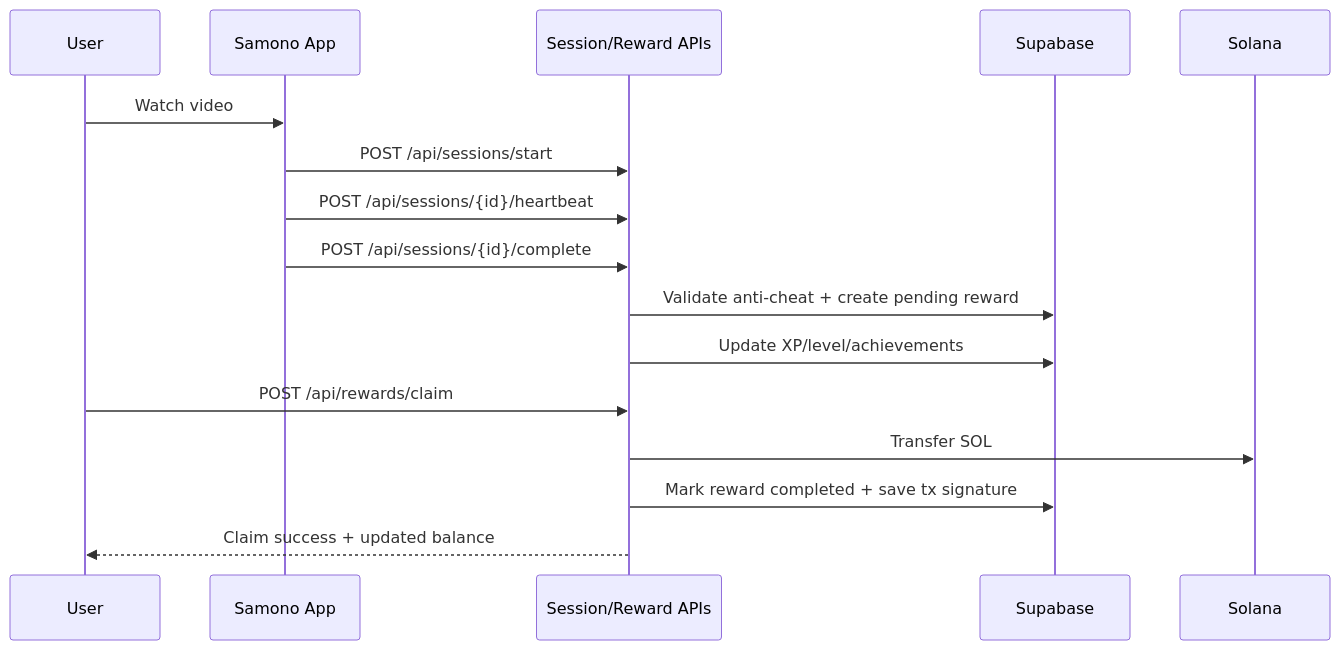
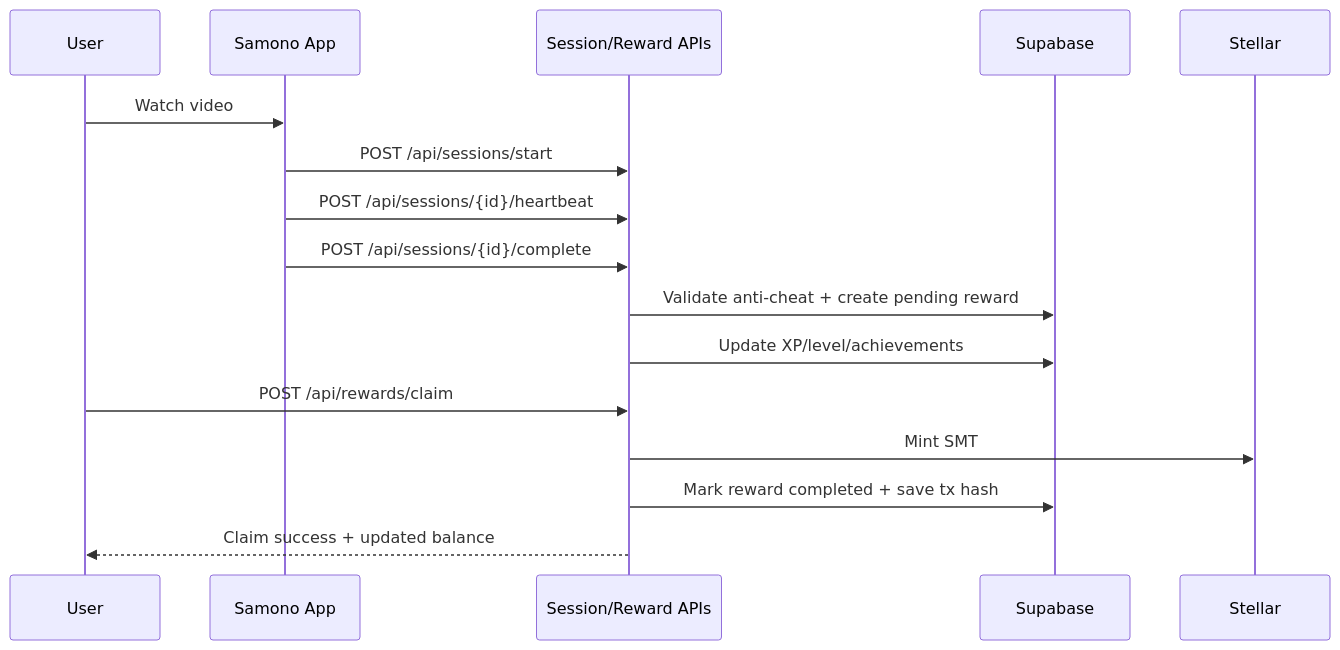
Before and after one commit to artomily/samono: the fourth of 4 diagrams in README.md, drawn with Mermaid. The commit also changed other lines of this file and 77 other files, not shown here.

````diff
--- a/README.md
+++ b/README.md
@@ -128,19 +133,19 @@
 ```mermaid
 sequenceDiagram
 	participant User
 	participant App as Samono App
 	participant API as Session/Reward APIs
 	participant DB as Supabase
-	participant Chain as Solana
+	participant Chain as Stellar
 
 	User->>App: Watch video
 	App->>API: POST /api/sessions/start
 	App->>API: POST /api/sessions/{id}/heartbeat
 	App->>API: POST /api/sessions/{id}/complete
 	API->>DB: Validate anti-cheat + create pending reward
 	API->>DB: Update XP/level/achievements
 	User->>API: POST /api/rewards/claim
-	API->>Chain: Transfer SOL
-	API->>DB: Mark reward completed + save tx signature
+	API->>Chain: Mint SMT
+	API->>DB: Mark reward completed + save tx hash
 	API-->>User: Claim success + updated balance
 ```
````
